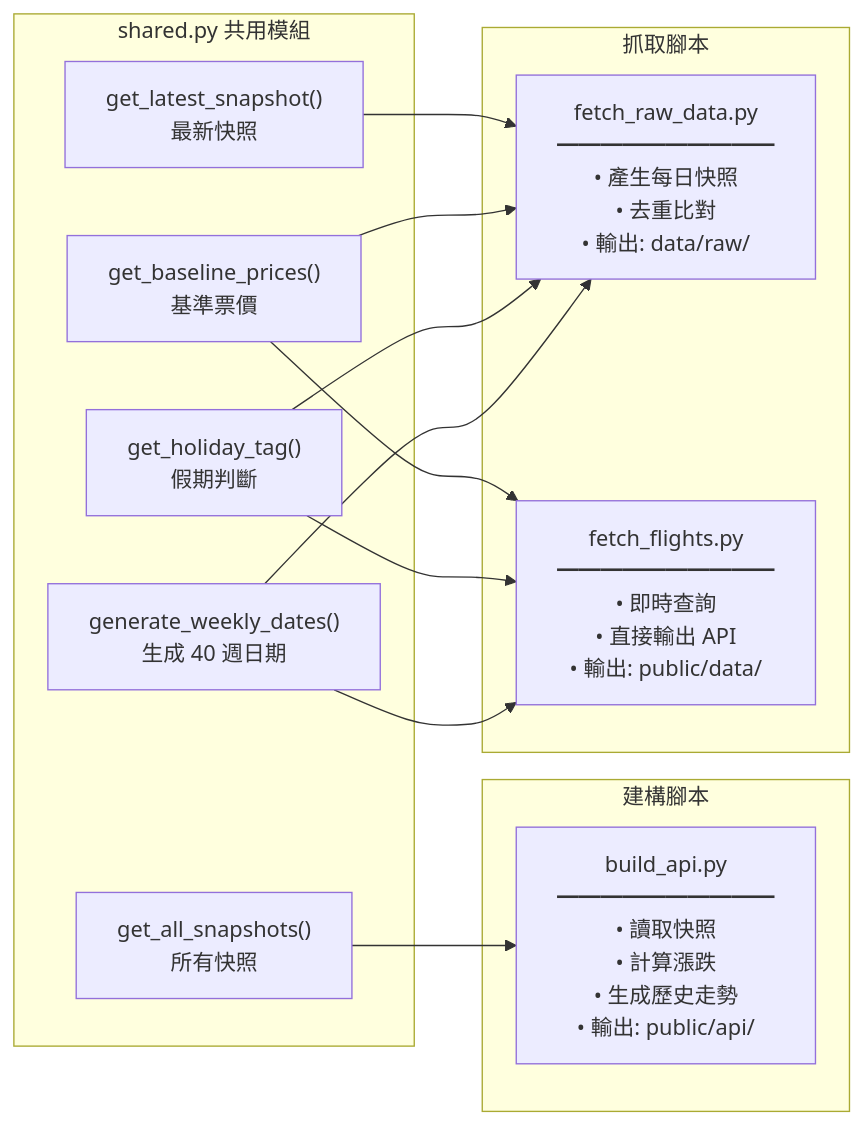
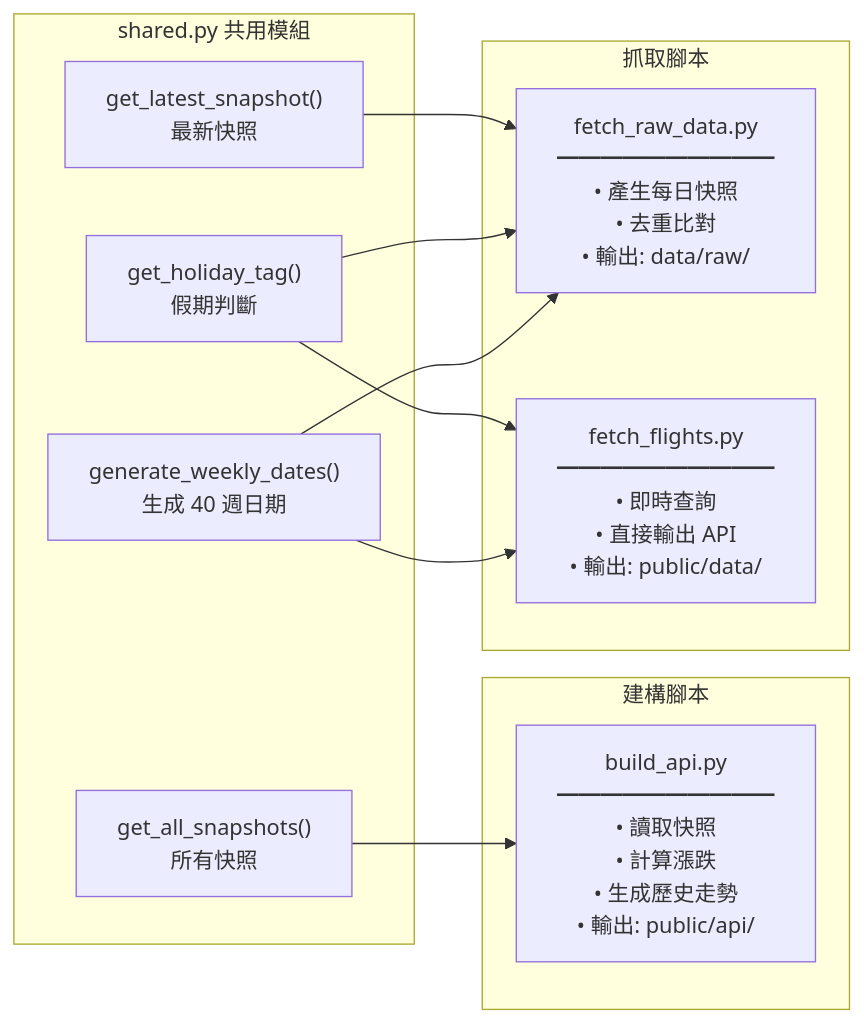
Before and after one commit to YuHaoLiaoSideProject/flight-radar: the seventh of 7 diagrams in docs/architecture.md, drawn with Mermaid. The commit also changed 5 other files, not shown here.

````diff
--- a/docs/architecture.md
+++ b/docs/architecture.md
@@ -104,28 +104,25 @@
 ```mermaid
 graph LR
     subgraph Shared["shared.py 共用模組"]
         GEN["generate_weekly_dates()<br/>生成 40 週日期"]
         HOL["get_holiday_tag()<br/>假期判斷"]
-        BASE["get_baseline_prices()<br/>基準票價"]
         SNAP["get_latest_snapshot()<br/>最新快照"]
         ALLSNAP["get_all_snapshots()<br/>所有快照"]
     end
 
     subgraph Fetch["抓取腳本"]
         FRD["fetch_raw_data.py<br/>━━━━━━━━━━<br/>• 產生每日快照<br/>• 去重比對<br/>• 輸出: data/raw/"]
         FF["fetch_flights.py<br/>━━━━━━━━━━<br/>• 即時查詢<br/>• 直接輸出 API<br/>• 輸出: public/data/"]
     end
 
     subgraph Build["建構腳本"]
         BA["build_api.py<br/>━━━━━━━━━━<br/>• 讀取快照<br/>• 計算漲跌<br/>• 生成歷史走勢<br/>• 輸出: public/api/"]
     end
 
     GEN --> FRD
     GEN --> FF
     HOL --> FRD
     HOL --> FF
-    BASE --> FRD
-    BASE --> FF
     SNAP --> FRD
     ALLSNAP --> BA
 ```
````
